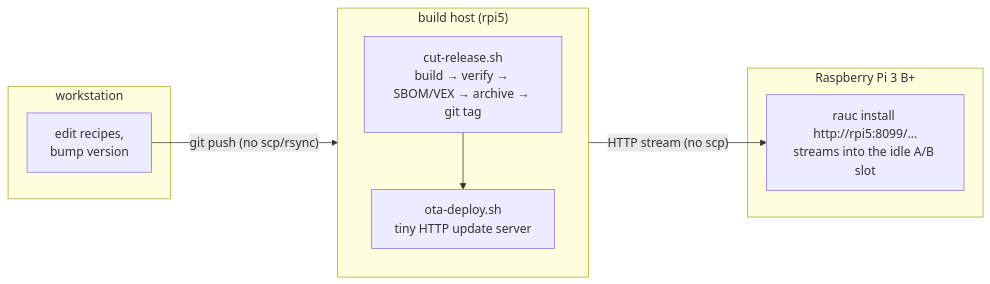
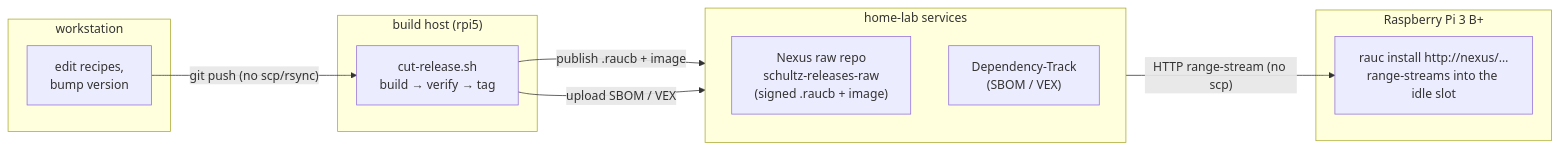
Before and after one commit to schultzzznet/theSchultzYocto: the second of 2 diagrams in docs/rauc-ab-updates.md, drawn with Mermaid. The commit also changed other lines of this file and 2 other files, not shown here.

First line of the commit message:
ota+docs: harden post-reboot reconnect; document Nexus as the OTA artifact store

````diff
--- a/docs/rauc-ab-updates.md
+++ b/docs/rauc-ab-updates.md
@@ -64,15 +70,21 @@
 ```mermaid
 flowchart LR
     subgraph WS["workstation"]
       E["edit recipes,<br/>bump version"]
     end
     subgraph HOST["build host (rpi5)"]
+      CR["cut-release.sh<br/>build → verify → tag"]
+    end
+    subgraph SRV["home-lab services"]
       direction TB
-      CR["cut-release.sh<br/>build → verify → SBOM/VEX → archive → git tag"]
-      OD["ota-deploy.sh<br/>tiny HTTP update server"]
+      NX["Nexus raw repo<br/>schultz-releases-raw<br/>(signed .raucb + image)"]
+      DT["Dependency-Track<br/>(SBOM / VEX)"]
     end
     subgraph DEV["Raspberry Pi 3 B+"]
-      R["rauc install http://rpi5:8099/…<br/>streams into the idle A/B slot"]
+      R["rauc install http://nexus/…<br/>range-streams into the idle slot"]
     end
-    E -->|"git push  (no scp/rsync)"| CR --> OD -->|"HTTP stream  (no scp)"| R
+    E -->|"git push (no scp/rsync)"| CR
+    CR -->|"publish .raucb + image"| NX
+    CR -->|"upload SBOM / VEX"| DT
+    NX -->|"HTTP range-stream (no scp)"| R
 ```
````
